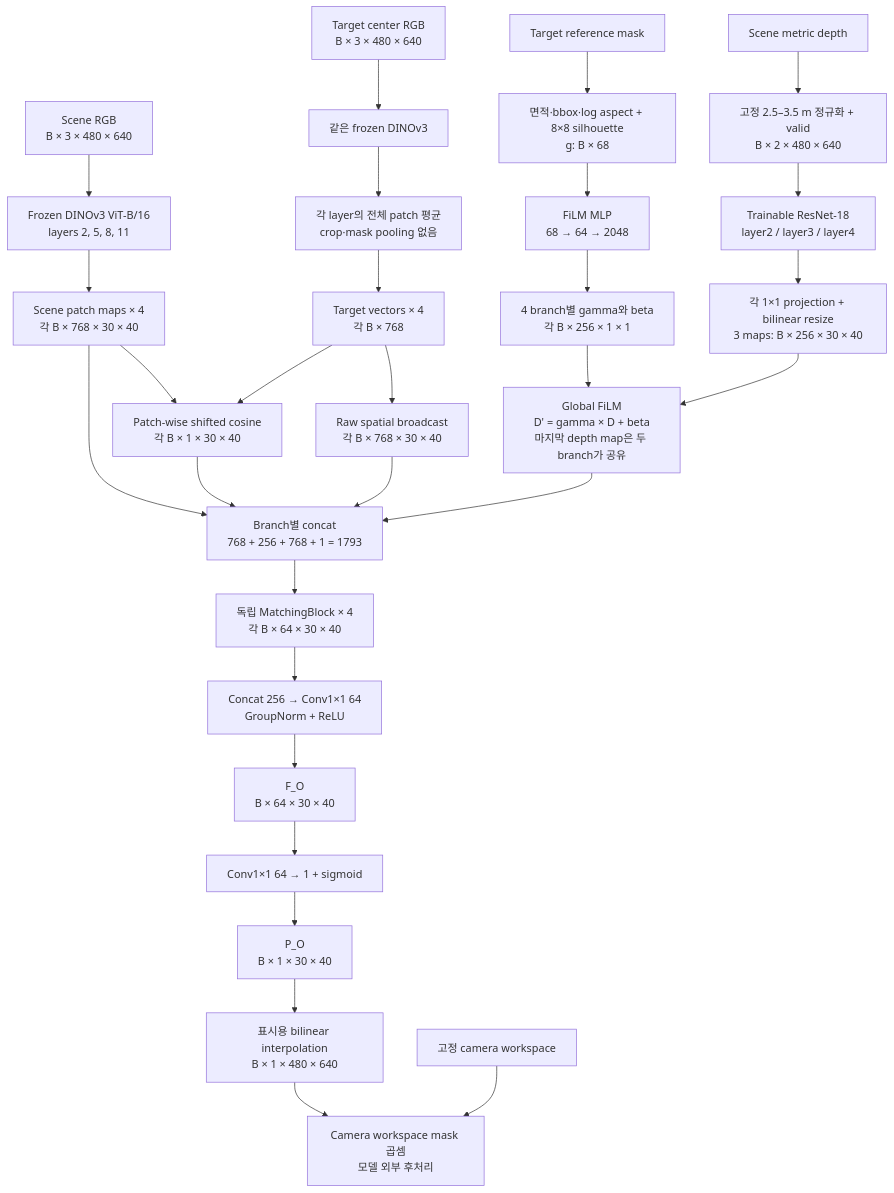
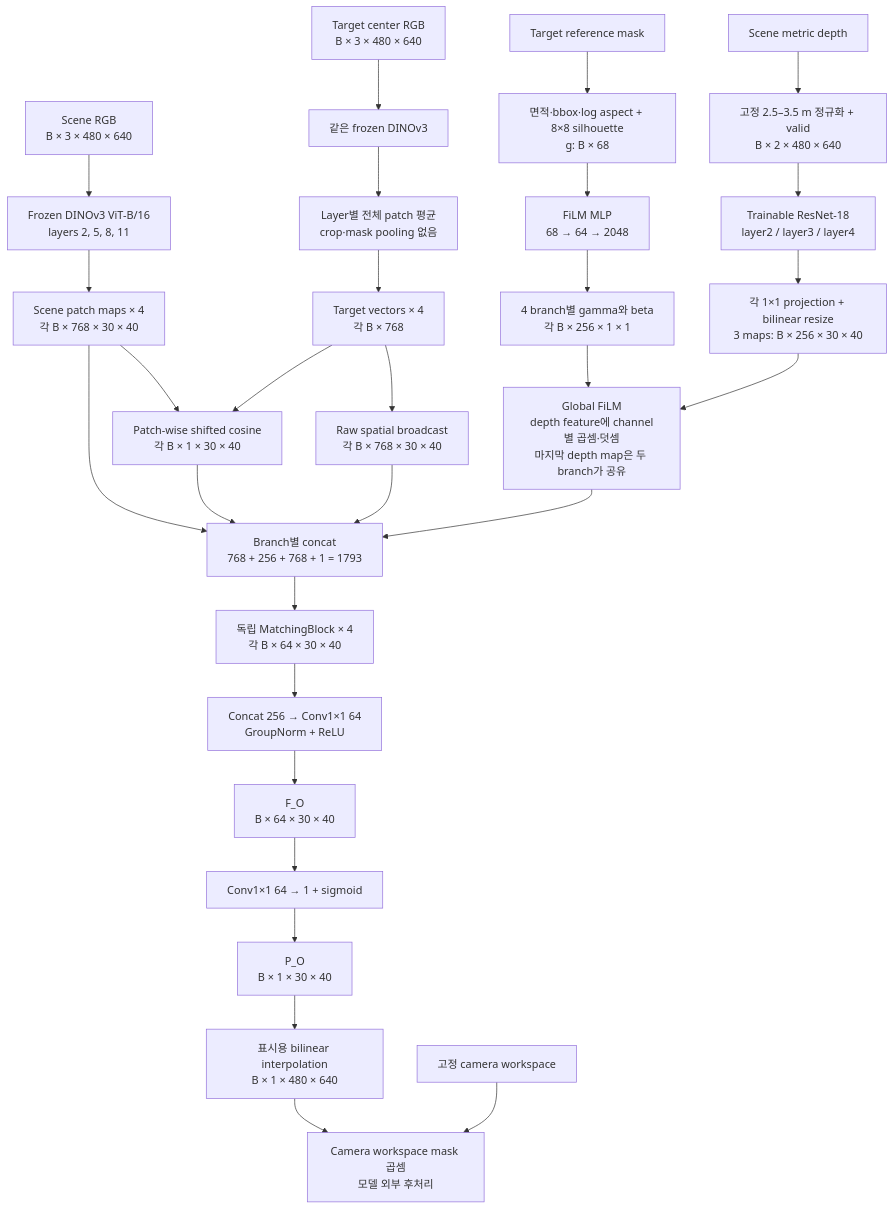
One commit to JeonHaneul/2D-PDM_DINOv3 changed the fifth of 12 diagrams in README.md. Above: the diagram before and after it, drawn with Mermaid. The commit also changed other lines of this file, not shown here.

````diff
--- a/README.md
+++ b/README.md
@@ -434,31 +1016,31 @@
 ```mermaid
 flowchart TD
     SR["Scene RGB<br/>B × 3 × 480 × 640"] --> DS["Frozen DINOv3 ViT-B/16<br/>layers 2, 5, 8, 11"]
     DS --> XS["Scene patch maps × 4<br/>각 B × 768 × 30 × 40"]
     TR["Target center RGB<br/>B × 3 × 480 × 640"] --> DT["같은 frozen DINOv3"]
-    DT --> AVG["각 layer의 전체 patch 평균<br/>crop·mask pooling 없음"]
+    DT --> AVG["Layer별 전체 patch 평균<br/>crop·mask pooling 없음"]
     AVG --> Q["Target vectors × 4<br/>각 B × 768"]
     Q --> BC["Raw spatial broadcast<br/>각 B × 768 × 30 × 40"]
     Q --> COS["Patch-wise shifted cosine<br/>각 B × 1 × 30 × 40"]
     XS --> COS
     DEP["Scene metric depth"] --> DN["고정 2.5–3.5 m 정규화 + valid<br/>B × 2 × 480 × 640"]
     DN --> DE["Trainable ResNet-18<br/>layer2 / layer3 / layer4"]
     DE --> DP["각 1×1 projection + bilinear resize<br/>3 maps: B × 256 × 30 × 40"]
     TM["Target reference mask"] --> GEO["면적·bbox·log aspect + 8×8 silhouette<br/>g: B × 68"]
     GEO --> GM["FiLM MLP<br/>68 → 64 → 2048"]
     GM --> GB["4 branch별 gamma와 beta<br/>각 B × 256 × 1 × 1"]
-    DP --> FI["Global FiLM<br/>D' = gamma × D + beta<br/>마지막 depth map은 두 branch가 공유"]
+    DP --> FI["Global FiLM<br/>depth feature에 channel별 곱셈·덧셈<br/>마지막 depth map은 두 branch가 공유"]
     GB --> FI
     XS --> CAT["Branch별 concat<br/>768 + 256 + 768 + 1 = 1793"]
     FI --> CAT
     BC --> CAT
     COS --> CAT
     CAT --> MB["독립 MatchingBlock × 4<br/>각 B × 64 × 30 × 40"]
     MB --> FUSE["Concat 256 → Conv1×1 64<br/>GroupNorm + ReLU"]
     FUSE --> FO["F_O<br/>B × 64 × 30 × 40"]
     FO --> HD["Conv1×1 64 → 1 + sigmoid"]
     HD --> PO["P_O<br/>B × 1 × 30 × 40"]
     PO --> UP["표시용 bilinear interpolation<br/>B × 1 × 480 × 640"]
     UP --> MASK["Camera workspace mask 곱셈<br/>모델 외부 후처리"]
     WM["고정 camera workspace"] --> MASK
 ```
````
